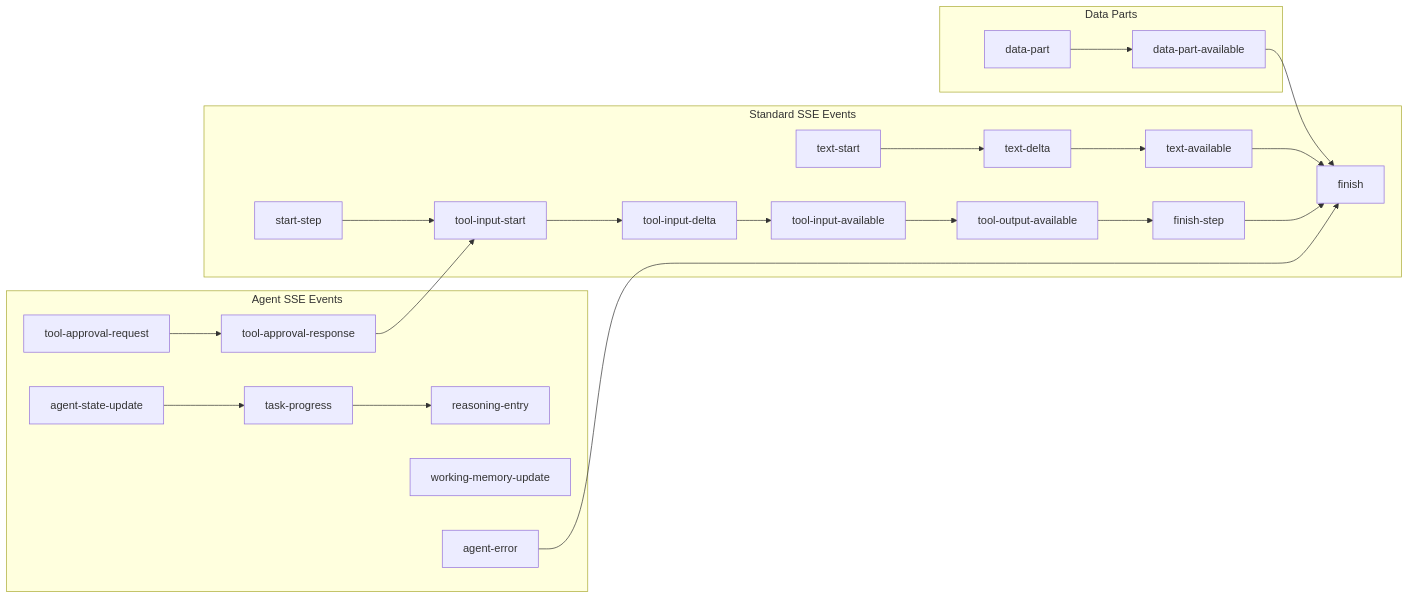
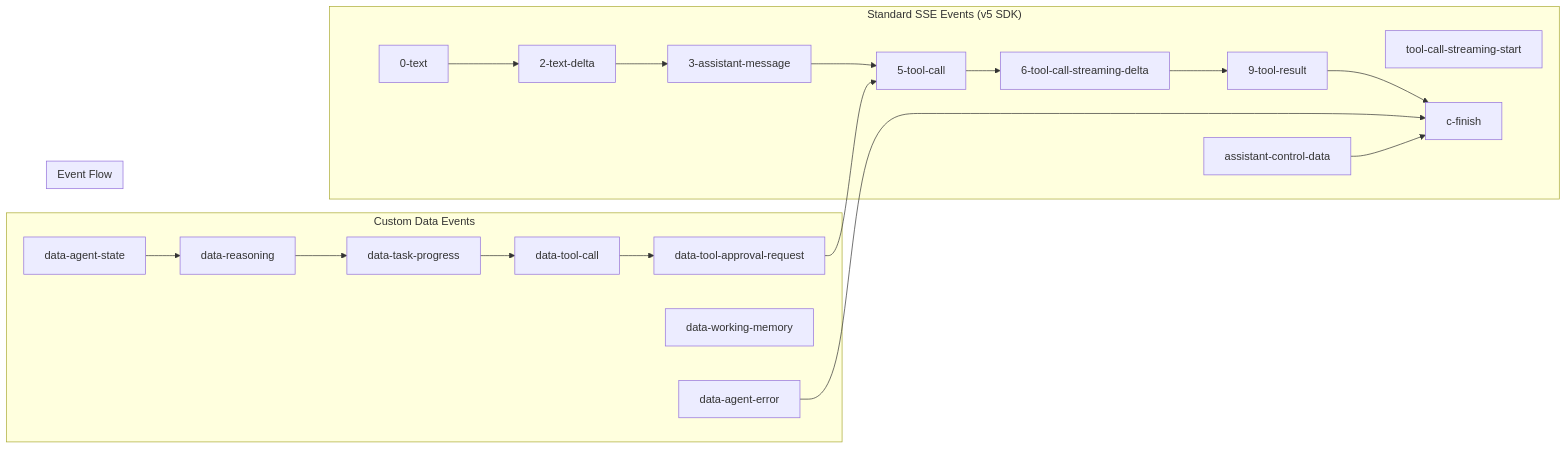
Before and after one commit to archestra-ai/prototypes: the third of 3 diagrams in desktop/chat-architecture.md, drawn with Mermaid. The commit also changed other lines of this file and 1 other file, not shown here.

Commit message:
docs: update CLAUDE.md and chat-architecture.md for streaming agent architecture
- Update CLAUDE.md with SSE streaming details and Vercel AI SDK v5 integration patterns
- Add custom data event documentation and test coverage gaps
- Update chat-architecture.md diagrams to reflect new streaming architecture
- Add WebSocket service to high-level architecture diagram
- Update SSE event protocol diagram with v5 SDK event names
- Add detailed API endpoint documentation with important notes
- Expand troubleshooting section with common issues and solutions

````diff
--- a/desktop/chat-architecture.md
+++ b/desktop/chat-architecture.md
@@ -135,51 +141,42 @@
 ```mermaid
 graph LR
-    subgraph "Standard SSE Events"
-        TS[text-start]
-        TD[text-delta]
-        TF[text-available]
-        SS[start-step]
-        FS[finish-step]
-        TIS[tool-input-start]
-        TID[tool-input-delta]
-        TIA[tool-input-available]
-        TOA[tool-output-available]
-        FIN[finish]
+    subgraph "Standard SSE Events (v5 SDK)"
+        TS[0-text]
+        TD[2-text-delta]
+        SS[5-tool-call]
+        FS[9-tool-result]
+        TC[tool-call-streaming-start]
+        TCS[6-tool-call-streaming-delta]
+        MSG[3-assistant-message]
+        CMSG[assistant-control-data]
+        FIN[c-finish]
     end
 
-    subgraph "Agent SSE Events"
-        ASU[agent-state-update]
-        RE[reasoning-entry]
-        TP[task-progress]
-        TAR[tool-approval-request]
-        TAA[tool-approval-response]
-        WMU[working-memory-update]
-        ERR[agent-error]
+    subgraph "Custom Data Events"
+        DAS[data-agent-state]
+        DRE[data-reasoning]
+        DTP[data-task-progress]
+        DTC[data-tool-call]
+        DTAR[data-tool-approval-request]
+        DWMU[data-working-memory]
+        DERR[data-agent-error]
     end
 
-    subgraph "Data Parts"
-        DP[data-part]
-        DPA[data-part-available]
+    subgraph "Event Flow"
+        TS --> TD
+        TD --> MSG
+        MSG --> SS
+        SS --> TCS
+        TCS --> FS
+        
+        DAS --> DRE
+        DRE --> DTP
+        DTP --> DTC
+        DTC --> DTAR
+        DTAR --> SS
+        
+        FS --> FIN
+        DERR --> FIN
+        CMSG --> FIN
     end
-
-    TS --> TD
-    TD --> TF
-
-    SS --> TIS
-    TIS --> TID
-    TID --> TIA
-    TIA --> TOA
-    TOA --> FS
-
-    ASU --> TP
-    TP --> RE
-    TAR --> TAA
-    TAA --> TIS
-
-    DP --> DPA
-    DPA --> FIN
-
-    TF --> FIN
-    FS --> FIN
-    ERR --> FIN
 ```
````
